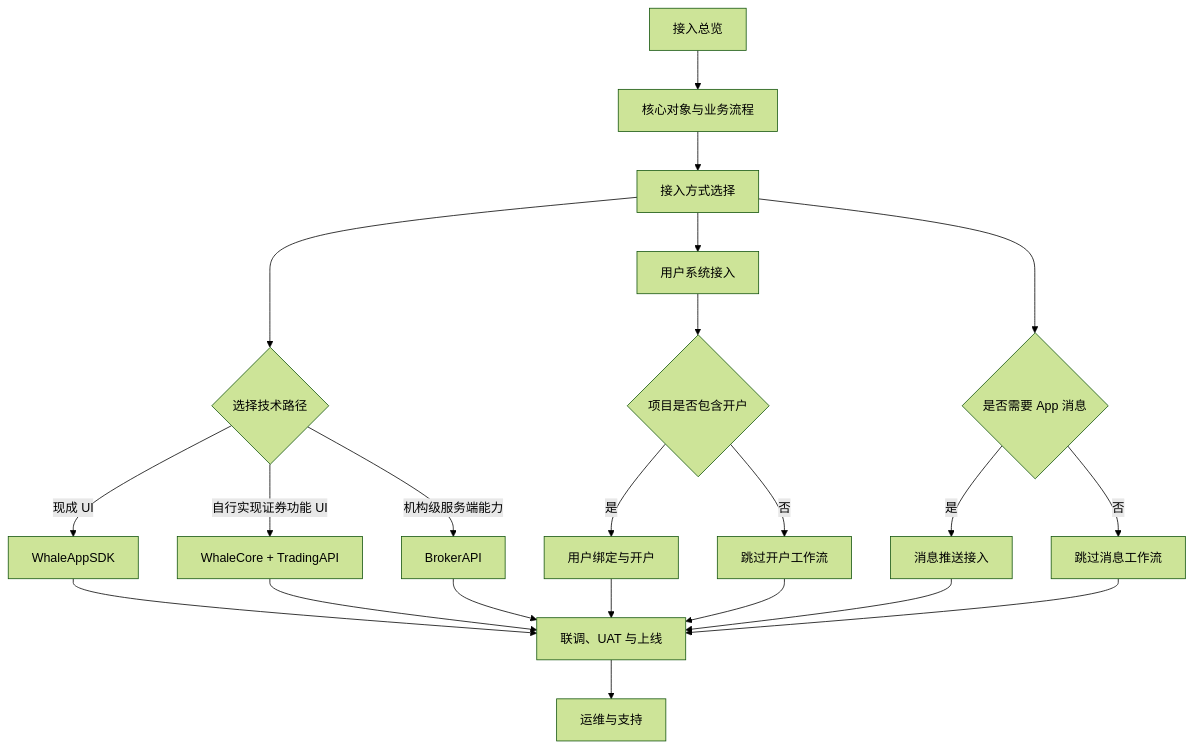
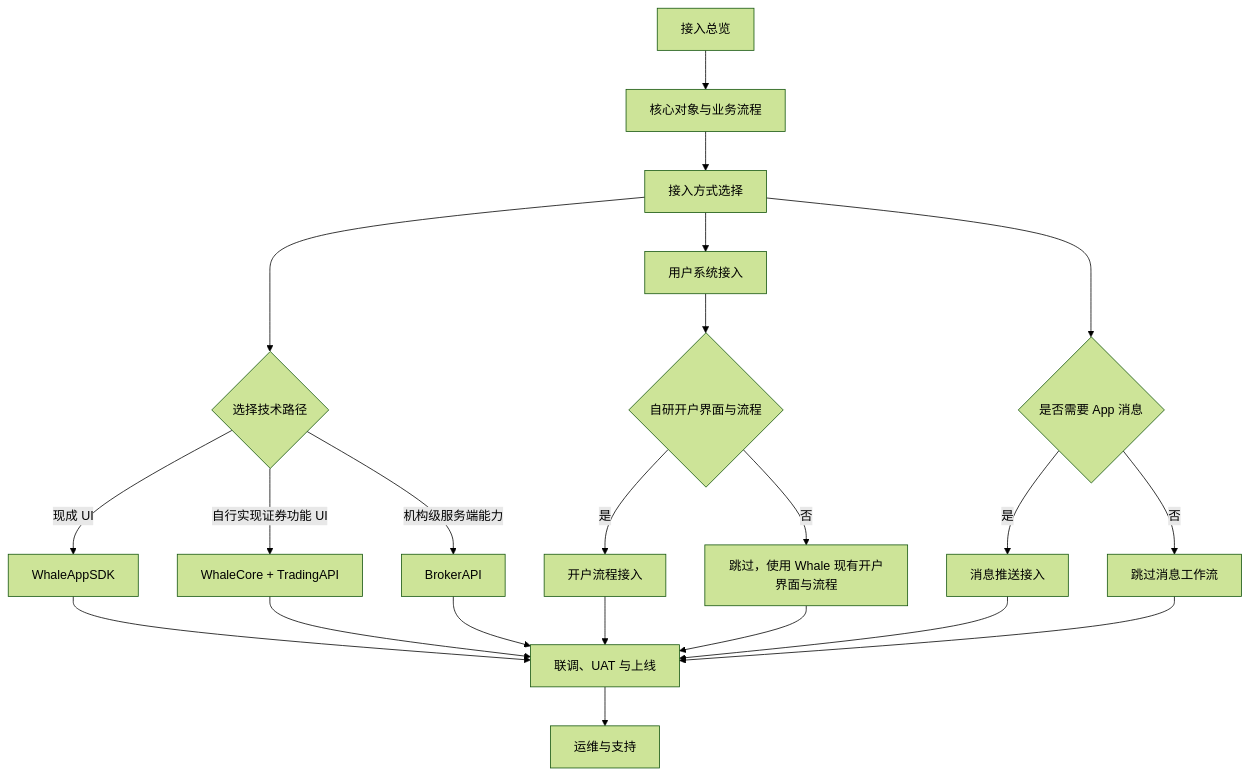
The first of 2 diagrams in docs/zh-CN/docs/broker-onboarding.mdx (longbridge/whale-docs), drawn with Mermaid (forest theme) before and after one commit. The commit also changed other lines of this file and 2 other files, not shown here.

Commit message:
docs: fix broker-onboarding guide-route account-opening branch (#78)
## Summary
- Fix the account-opening branch in `broker-onboarding`'s guide-route
flowchart and its accompanying table row, for `en`, `zh-CN`, and
`zh-HK`.
- The decision node is now "Build a custom account-opening UI and flow?"
(自研开户界面与流程): **Yes** → integrate the account-opening flow →
integration/UAT/go-live; **No** → skip, use Whale's existing
account-opening UI and flow.
- Previously the node asked whether the project includes account opening
at all, which didn't match the actual choice Brokers make (build your
own vs. reuse Whale's).

## Files changed
- `docs/en/docs/broker-onboarding.mdx`
- `docs/zh-CN/docs/broker-onboarding.mdx`
- `docs/zh-HK/docs/broker-onboarding.mdx`

No source submodule involved — this is a direct content correction to
the onboarding guide.

## Test plan
- [x] `bun run check:anchors` passes (no anchor changes, headings
untouched)
- [x] Manually reviewed the mermaid diagram and table row logic in all
three locales for parity

🤖 Generated with [Claude Code](https://claude.com/claude-code)

````diff
--- a/docs/zh-CN/docs/broker-onboarding.mdx
+++ b/docs/zh-CN/docs/broker-onboarding.mdx
@@ -14,24 +14,24 @@
 ```mermaid
 flowchart TD
     A[接入总览] --> B[核心对象与业务流程]
     B --> C[接入方式选择]
     C --> D{选择技术路径}
     D -->|现成 UI| E[WhaleAppSDK]
     D -->|自行实现证券功能 UI| F[WhaleCore + TradingAPI]
     D -->|机构级服务端能力| G[BrokerAPI]
     C --> H[用户系统接入]
-    H --> I{项目是否包含开户}
-    I -->|是| J[用户绑定与开户]
-    I -->|否| K[跳过开户工作流]
+    H --> I{自研开户界面与流程}
+    I -->|是| J[开户流程接入]
+    I -->|否| K[跳过，使用 Whale 现有开户界面与流程]
     C --> L{是否需要 App 消息}
     L -->|是| M[消息推送接入]
     L -->|否| N[跳过消息工作流]
     E --> O[联调、UAT 与上线]
     F --> O
     G --> O
     J --> O
     K --> O
     M --> O
     N --> O
     O --> P[运维与支持]
 ```
````
